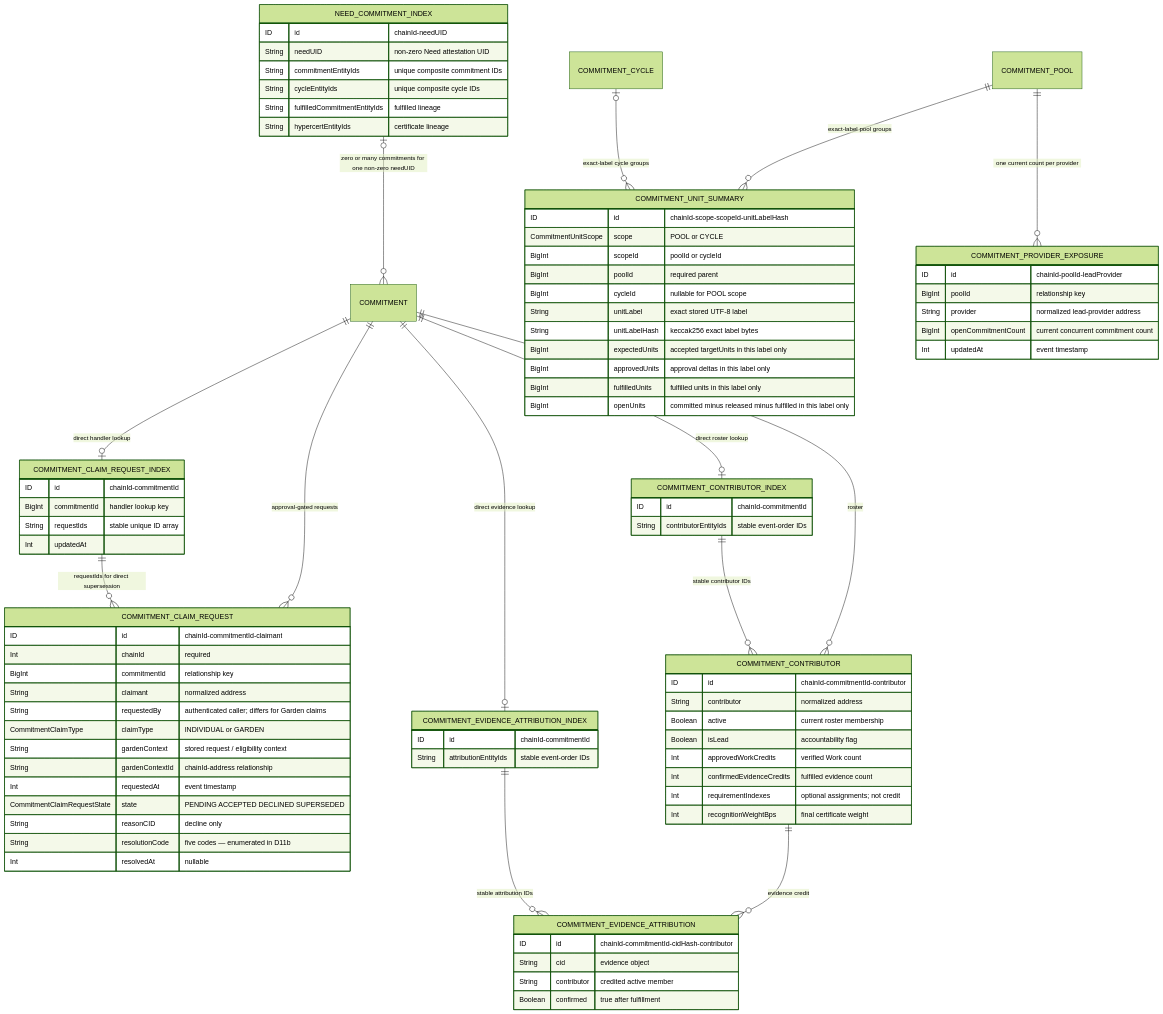
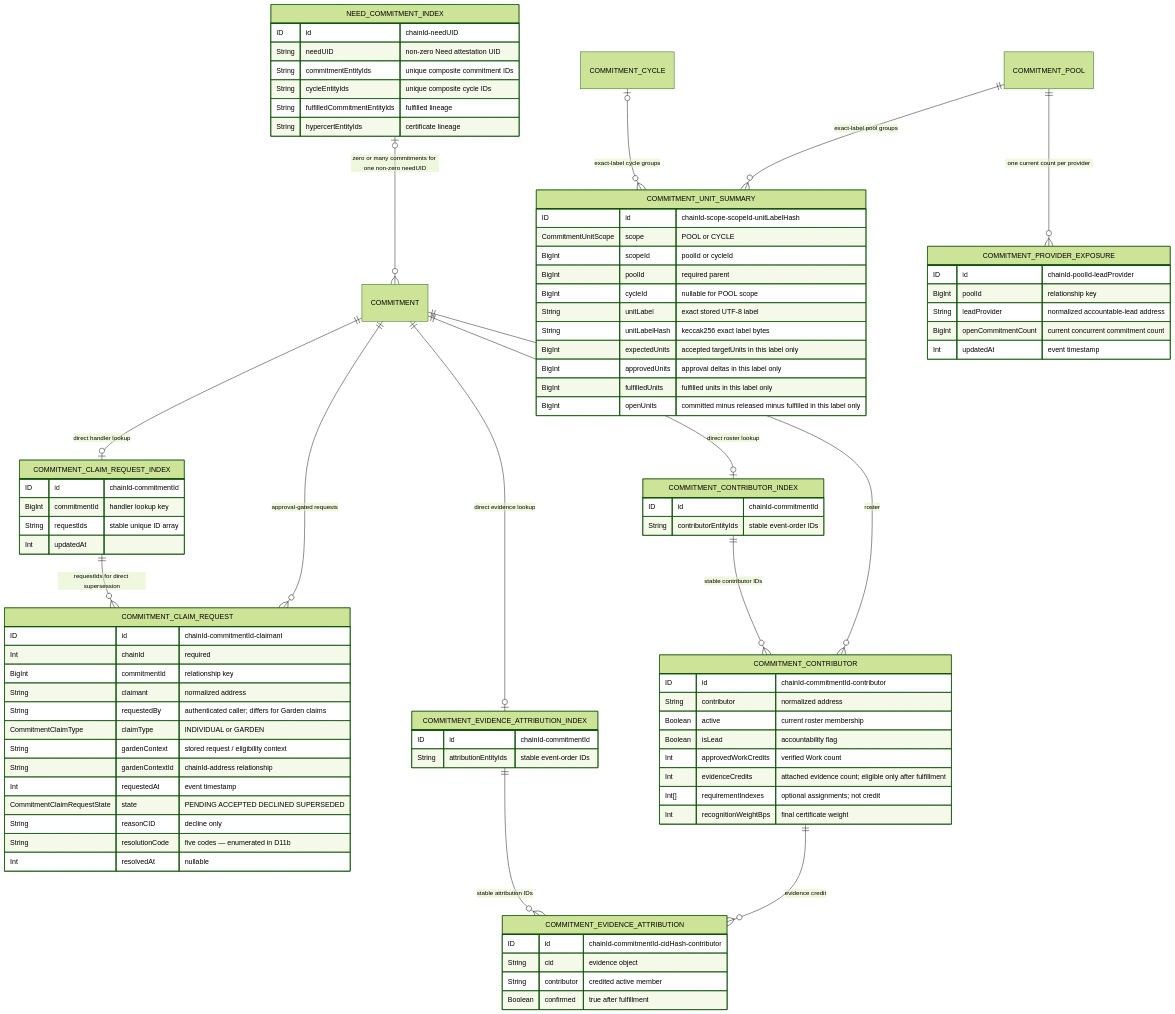
One commit to greenpill-dev-guild/green-goods changed diagram 16 of 35 in .plans/active/commitment-pooling/diagrams.md. Above: the diagram before and after it, drawn with Mermaid (forest theme). The commit also changed other lines of this file and 34 other files, not shown here.

```diff
--- a/.plans/active/commitment-pooling/diagrams.md
+++ b/.plans/active/commitment-pooling/diagrams.md
@@ -815,7 +815,7 @@
   COMMITMENT_PROVIDER_EXPOSURE {
     ID id "chainId-poolId-leadProvider"
     BigInt poolId "relationship key"
-    String provider "normalized lead-provider address"
+    String leadProvider "normalized accountable-lead address"
     BigInt openCommitmentCount "current concurrent commitment count"
     Int updatedAt "event timestamp"
   }
@@ -826,8 +826,8 @@
     Boolean active "current roster membership"
     Boolean isLead "accountability flag"
     Int approvedWorkCredits "verified Work count"
-    Int confirmedEvidenceCredits "fulfilled evidence count"
-    Int requirementIndexes "optional assignments; not credit"
+    Int evidenceCredits "attached evidence count; eligible only after fulfillment"
+    Int[] requirementIndexes "optional assignments; not credit"
     Int recognitionWeightBps "final certificate weight"
   }
 
```
